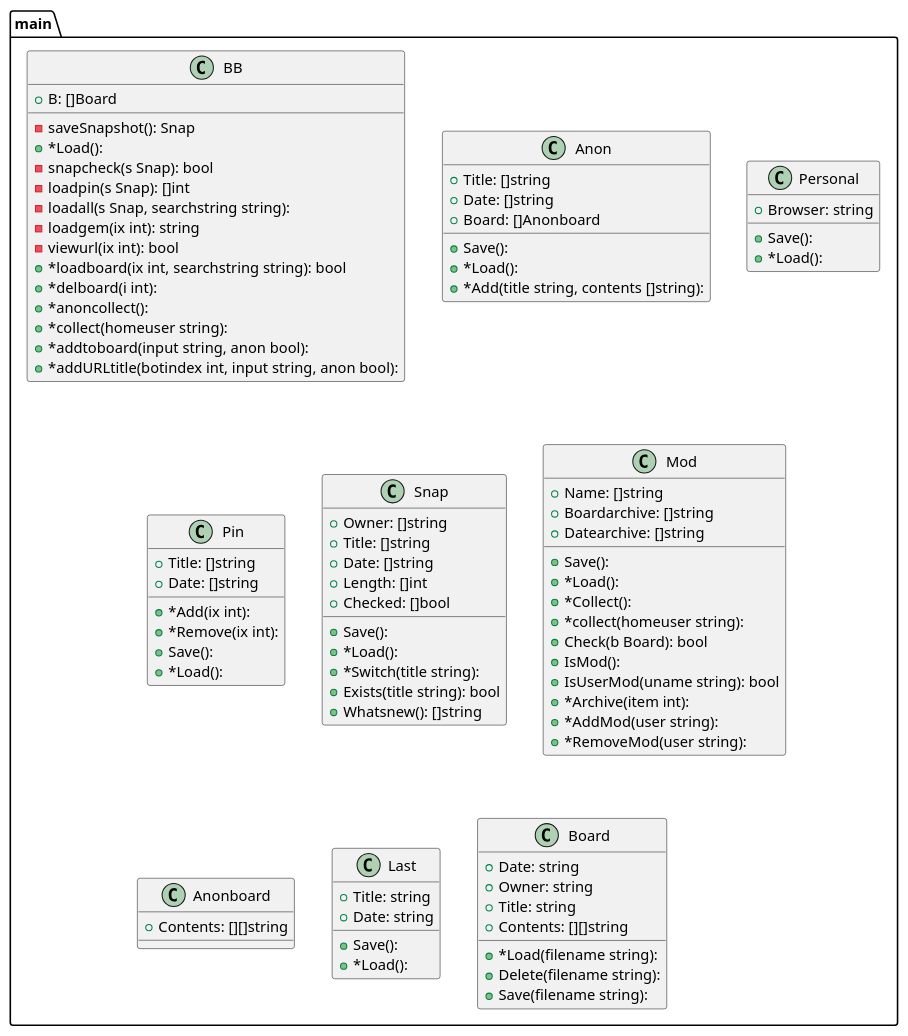
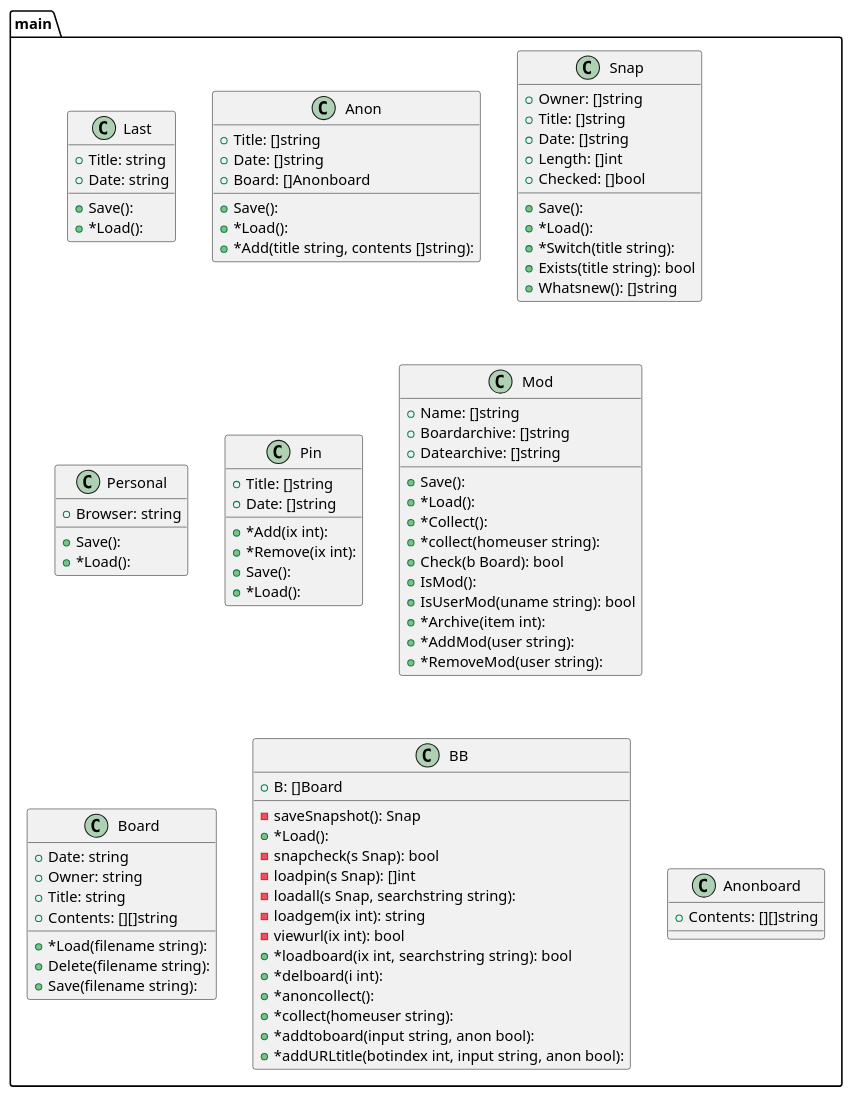
Before and after one commit to tbal999/bb: the diagram in graph.puml, drawn with PlantUML. The commit also changed other lines of this file and 1 other file, not shown here.

```diff
--- a/graph.puml
+++ b/graph.puml
@@ -1,104 +1,104 @@
 @startuml
 package ...main{
-class BB {
-+B: []Board
--saveSnapshot(): Snap
+class Last {
++Title: string
++Date: string
++Save(): 
 +*Load(): 
--snapcheck(s Snap): bool
--loadpin(s Snap): []int
--loadall(s Snap, searchstring string): 
--loadgem(ix int): string
--viewurl(ix int): bool
-+*loadboard(ix int, searchstring string): bool
-+*delboard(i int): 
-+*anoncollect(): 
-+*collect(homeuser string): 
-+*addtoboard(input string, anon bool): 
-+*addURLtitle(botindex int, input string, anon bool): 
 }
 }
 package ...main{
 class Anon {
 +Title: []string
 +Date: []string
 +Board: []Anonboard
 +Save(): 
 +*Load(): 
 +*Add(title string, contents []string): 
+}
+}
+package ...main{
+class Snap {
++Owner: []string
++Title: []string
++Date: []string
++Length: []int
++Checked: []bool
++Save(): 
++*Load(): 
++*Switch(title string): 
++Exists(title string): bool
++Whatsnew(): []string
 }
 }
 package ...main{
 class Personal {
 +Browser: string
 +Save(): 
 +*Load(): 
 }
 }
 package ...main{
 class Pin {
 +Title: []string
 +Date: []string
 +*Add(ix int): 
 +*Remove(ix int): 
 +Save(): 
 +*Load(): 
 }
 }
 package ...main{
-class Snap {
-+Owner: []string
-+Title: []string
-+Date: []string
-+Length: []int
-+Checked: []bool
-+Save(): 
-+*Load(): 
-+*Switch(title string): 
-+Exists(title string): bool
-+Whatsnew(): []string
-}
-}
-package ...main{
 class Mod {
 +Name: []string
 +Boardarchive: []string
 +Datearchive: []string
 +Save(): 
 +*Load(): 
 +*Collect(): 
 +*collect(homeuser string): 
 +Check(b Board): bool
 +IsMod(): 
 +IsUserMod(uname string): bool
 +*Archive(item int): 
 +*AddMod(user string): 
 +*RemoveMod(user string): 
 }
 }
 package ...main{
-class Anonboard {
-+Contents: [][]string
-
-}
-}
-package ...main{
-class Last {
-+Title: string
-+Date: string
-+Save(): 
-+*Load(): 
-}
-}
-package ...main{
 class Board {
 +Date: string
 +Owner: string
 +Title: string
 +Contents: [][]string
 +*Load(filename string): 
 +Delete(filename string): 
 +Save(filename string): 
 }
 }
+package ...main{
+class BB {
++B: []Board
+-saveSnapshot(): Snap
++*Load(): 
+-snapcheck(s Snap): bool
+-loadpin(s Snap): []int
+-loadall(s Snap, searchstring string): 
+-loadgem(ix int): string
+-viewurl(ix int): bool
++*loadboard(ix int, searchstring string): bool
++*delboard(i int): 
++*anoncollect(): 
++*collect(homeuser string): 
++*addtoboard(input string, anon bool): 
++*addURLtitle(botindex int, input string, anon bool): 
+}
+}
+package ...main{
+class Anonboard {
++Contents: [][]string
+
+}
+}
 
 @enduml
```
